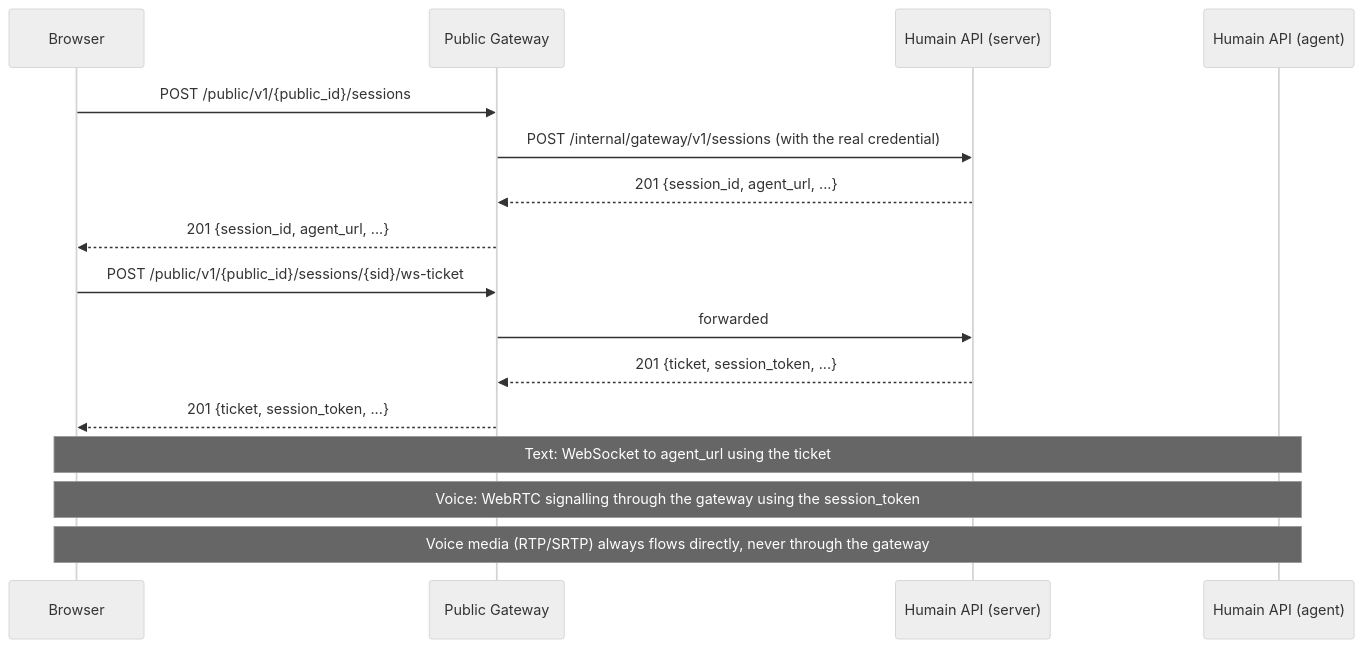
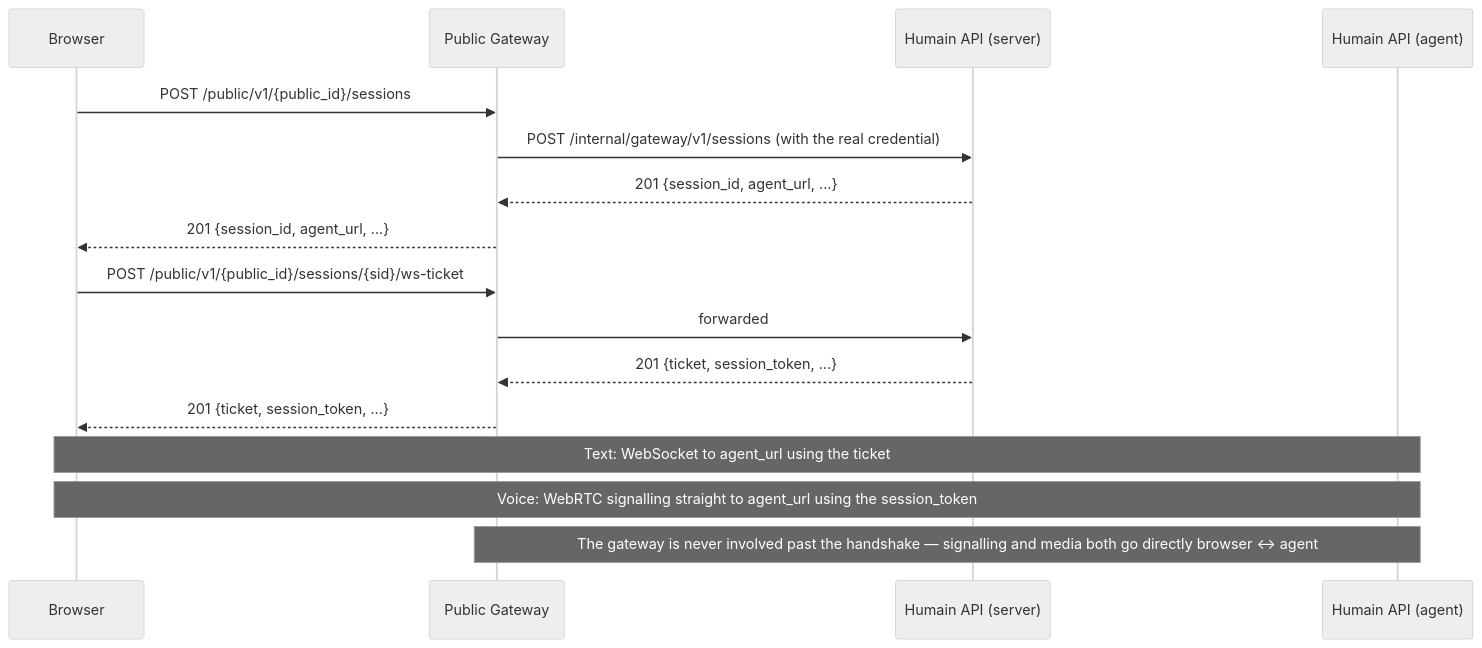
The diagram in concepts/public-gateway.mdx (humain-ai/kiosk-docs), drawn with Mermaid (neutral theme) before and after one commit. The commit also changed other lines of this file and 4 other files, not shown here.

Commit message:
feat: update Public Gateway documentation to clarify WebRTC signalling and session token usage

````diff
--- a/concepts/public-gateway.mdx
+++ b/concepts/public-gateway.mdx
@@ -22,21 +22,21 @@
 ```mermaid
 sequenceDiagram
   participant B as Browser
   participant GW as Public Gateway
   participant S as Humain API (server)
   participant AG as Humain API (agent)
 
   B->>GW: POST /public/v1/{public_id}/sessions
   GW->>S: POST /internal/gateway/v1/sessions (with the real credential)
   S-->>GW: 201 {session_id, agent_url, ...}
   GW-->>B: 201 {session_id, agent_url, ...}
 
   B->>GW: POST /public/v1/{public_id}/sessions/{sid}/ws-ticket
   GW->>S: forwarded
   S-->>GW: 201 {ticket, session_token, ...}
   GW-->>B: 201 {ticket, session_token, ...}
 
   Note over B,AG: Text: WebSocket to agent_url using the ticket
-  Note over B,AG: Voice: WebRTC signalling through the gateway using the session_token
-  Note over B,AG: Voice media (RTP/SRTP) always flows directly, never through the gateway
+  Note over B,AG: Voice: WebRTC signalling straight to agent_url using the session_token
+  Note over GW,AG: The gateway is never involved past the handshake — signalling and media both go directly browser ↔ agent
 ```
````
